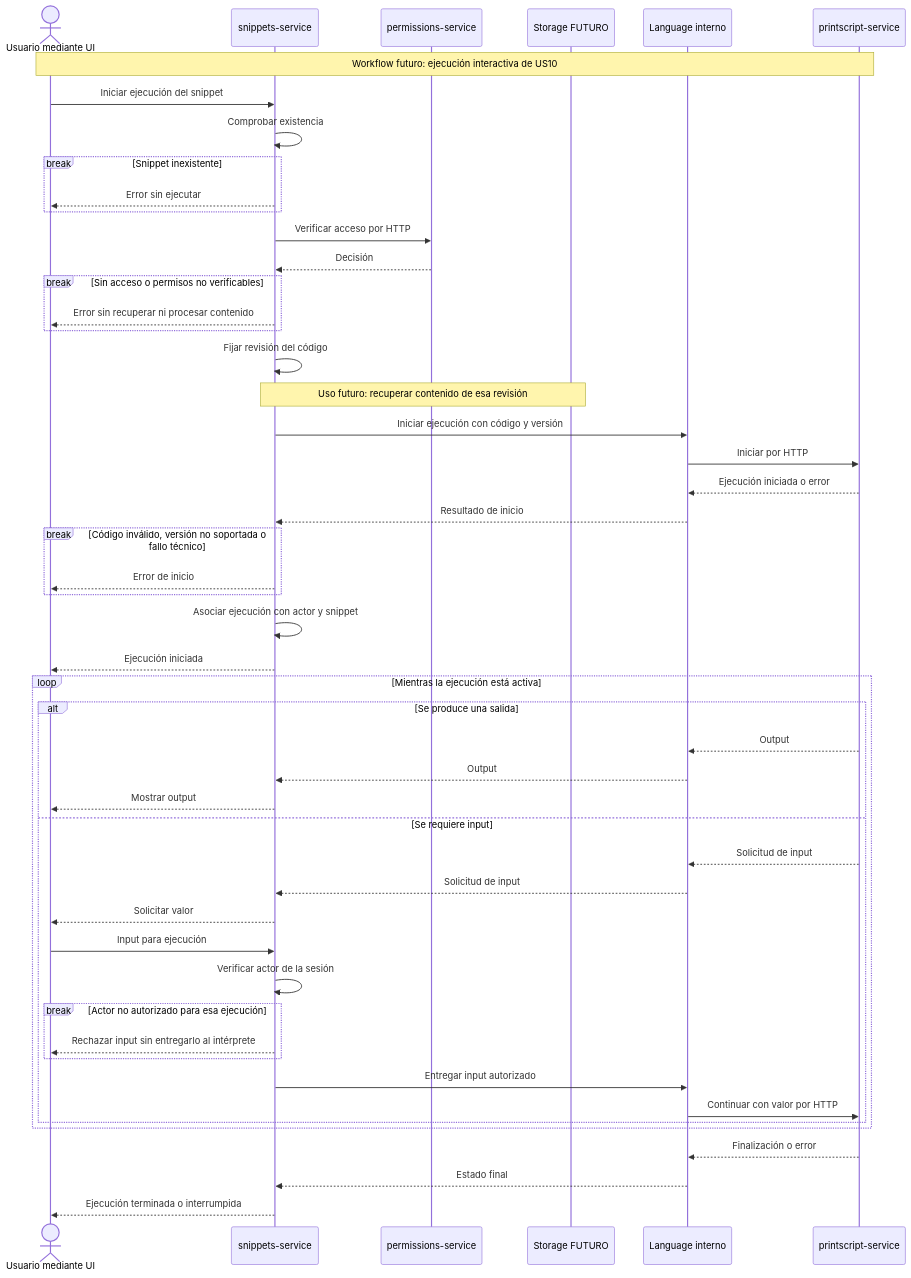
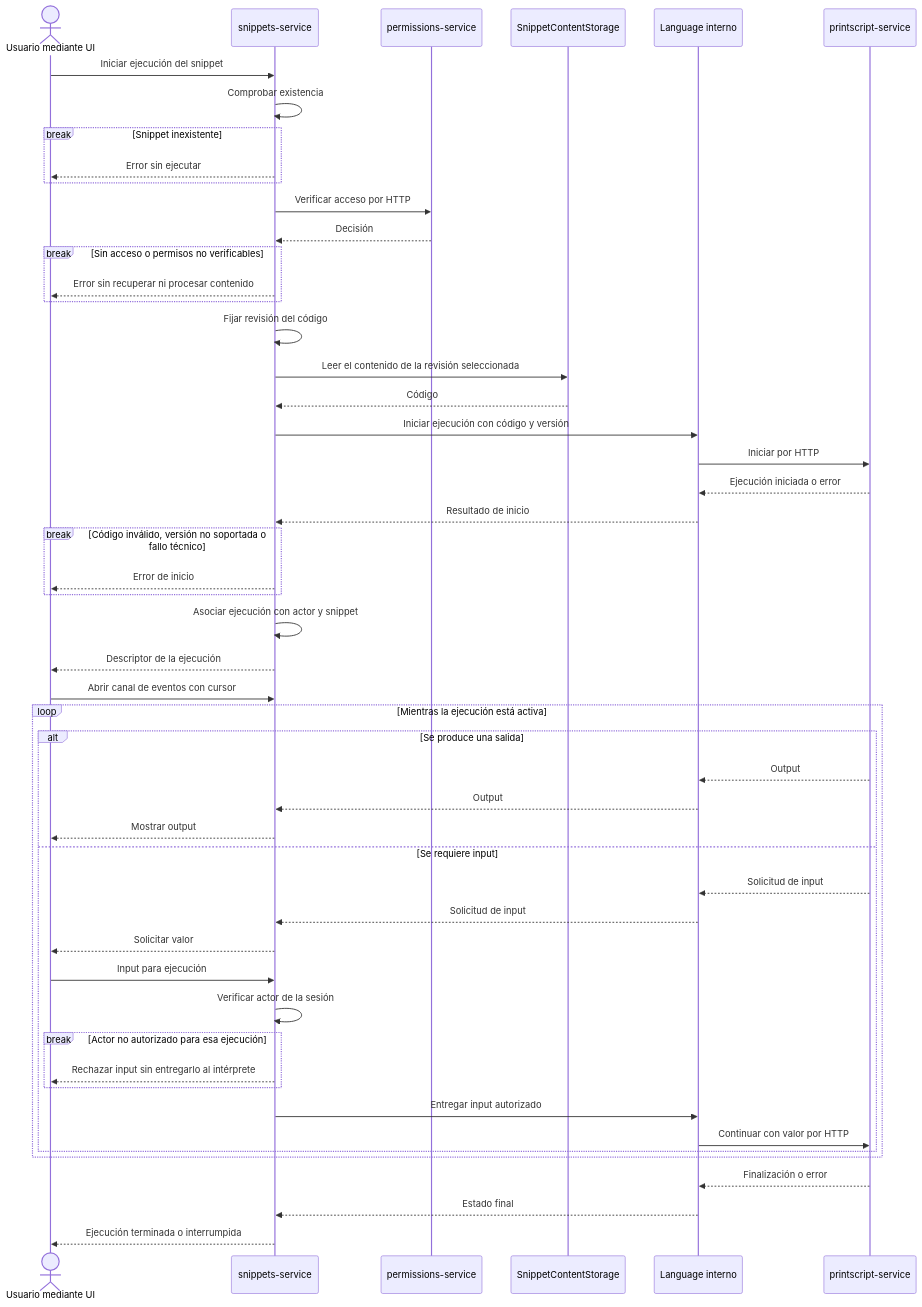
Before and after one commit to JJT-INGSIS/snippet-searcher-infra: the diagram in docs/architecture/flows/interactive-execution.md, drawn with Mermaid. The commit also changed other lines of this file and 56 other files, not shown here.

````diff
--- a/docs/architecture/flows/interactive-execution.md
+++ b/docs/architecture/flows/interactive-execution.md
@@ -10,56 +9,57 @@
 ```mermaid
 sequenceDiagram
     actor UI as Usuario mediante UI
     participant S as snippets-service
     participant P as permissions-service
-    participant ST as Storage FUTURO
+    participant ST as SnippetContentStorage
     participant L as Language interno
     participant PS as printscript-service
 
-    Note over UI,PS: Workflow futuro: ejecución interactiva de US10
     UI->>S: Iniciar ejecución del snippet
     S->>S: Comprobar existencia
     break Snippet inexistente
         S-->>UI: Error sin ejecutar
     end
     S->>P: Verificar acceso por HTTP
     P-->>S: Decisión
     break Sin acceso o permisos no verificables
         S-->>UI: Error sin recuperar ni procesar contenido
     end
 
     S->>S: Fijar revisión del código
-    Note over S,ST: Uso futuro: recuperar contenido de esa revisión
+    S->>ST: Leer el contenido de la revisión seleccionada
+    ST-->>S: Código
     S->>L: Iniciar ejecución con código y versión
     L->>PS: Iniciar por HTTP
     PS-->>L: Ejecución iniciada o error
     L-->>S: Resultado de inicio
     break Código inválido, versión no soportada o fallo técnico
         S-->>UI: Error de inicio
     end
     S->>S: Asociar ejecución con actor y snippet
-    S-->>UI: Ejecución iniciada
+    S-->>UI: Descriptor de la ejecución
+    UI->>S: Abrir canal de eventos con cursor
 
     loop Mientras la ejecución está activa
         alt Se produce una salida
             PS-->>L: Output
             L-->>S: Output
             S-->>UI: Mostrar output
         else Se requiere input
             PS-->>L: Solicitud de input
             L-->>S: Solicitud de input
             S-->>UI: Solicitar valor
             UI->>S: Input para ejecución
             S->>S: Verificar actor de la sesión
             break Actor no autorizado para esa ejecución
                 S-->>UI: Rechazar input sin entregarlo al intérprete
             end
             S->>L: Entregar input autorizado
             L->>PS: Continuar con valor por HTTP
         end
     end
 
     PS-->>L: Finalización o error
     L-->>S: Estado final
     S-->>UI: Ejecución terminada o interrumpida
 ```
````
